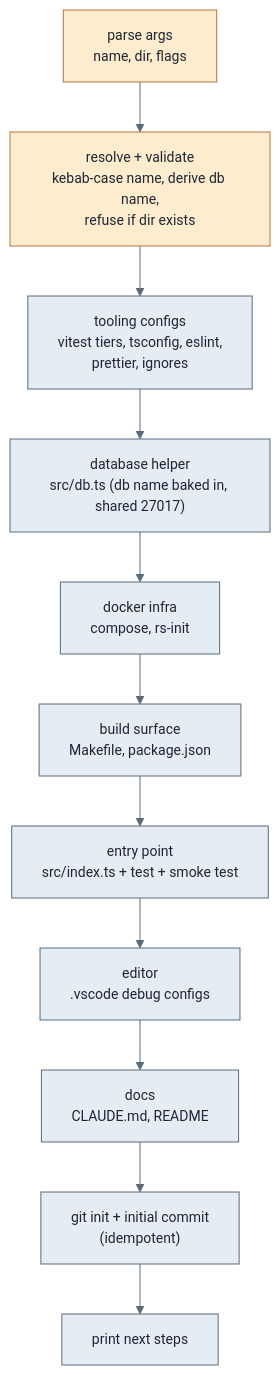
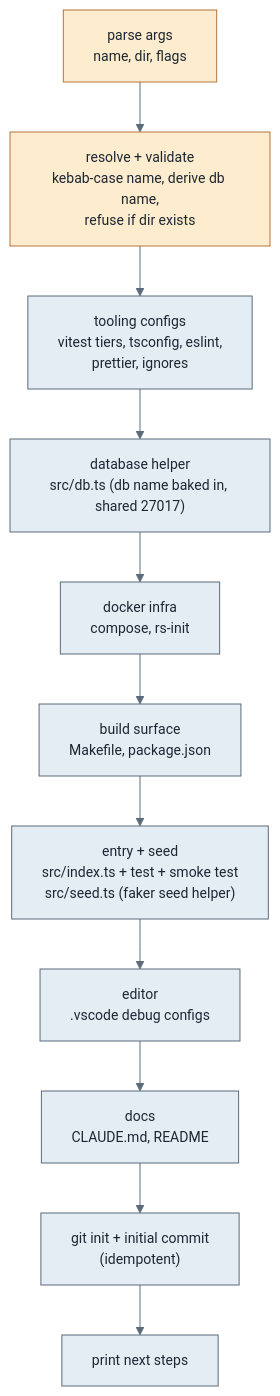
One commit to omerosaienni/agent-sdlc changed the second of 4 diagrams in docs/scripts.md. Above: the diagram before and after it, drawn with Mermaid. The commit also changed other lines of this file and 15 other files, not shown here.

Commit message:
docs: sync documentation and diagrams with the product (#13)

````diff
--- a/docs/scripts.md
+++ b/docs/scripts.md
@@ -64,19 +64,19 @@
 ```mermaid
 %%{init: {'theme':'base','themeVariables':{'primaryColor':'#e4edf4','primaryTextColor':'#1d2733','primaryBorderColor':'#5b6b7a','lineColor':'#5b6b7a','fontSize':'14px'}}}%%
 flowchart TD
     args["parse args<br/>name, dir, flags"] --> resolve["resolve + validate<br/>kebab-case name, derive db name,<br/>refuse if dir exists"]
     resolve --> tooling["tooling configs<br/>vitest tiers, tsconfig, eslint,<br/>prettier, ignores"]
     tooling --> db["database helper<br/>src/db.ts (db name baked in, shared 27017)"]
     db --> infra["docker infra<br/>compose, rs-init"]
     infra --> build["build surface<br/>Makefile, package.json"]
-    build --> entry["entry point<br/>src/index.ts + test + smoke test"]
+    build --> entry["entry + seed<br/>src/index.ts + test + smoke test<br/>src/seed.ts (faker seed helper)"]
     entry --> editor["editor<br/>.vscode debug configs"]
     editor --> docs["docs<br/>CLAUDE.md, README"]
     docs --> git["git init + initial commit<br/>(idempotent)"]
     git --> done["print next steps"]
 
     classDef io fill:#fdeccd,stroke:#b8743d,color:#1d2733;
     classDef work fill:#e4edf4,stroke:#5b6b7a,color:#1d2733;
     class args,resolve io;
     class tooling,db,infra,build,entry,editor,docs,git work;
 ```
````
